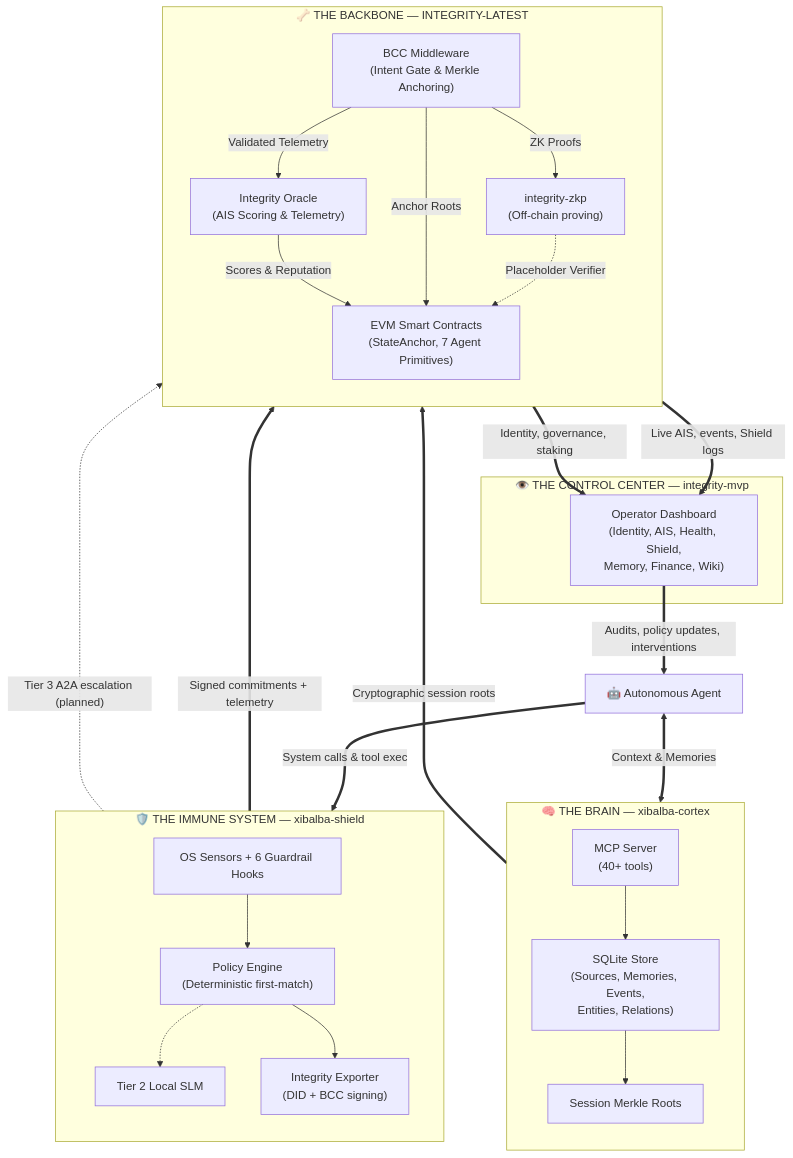
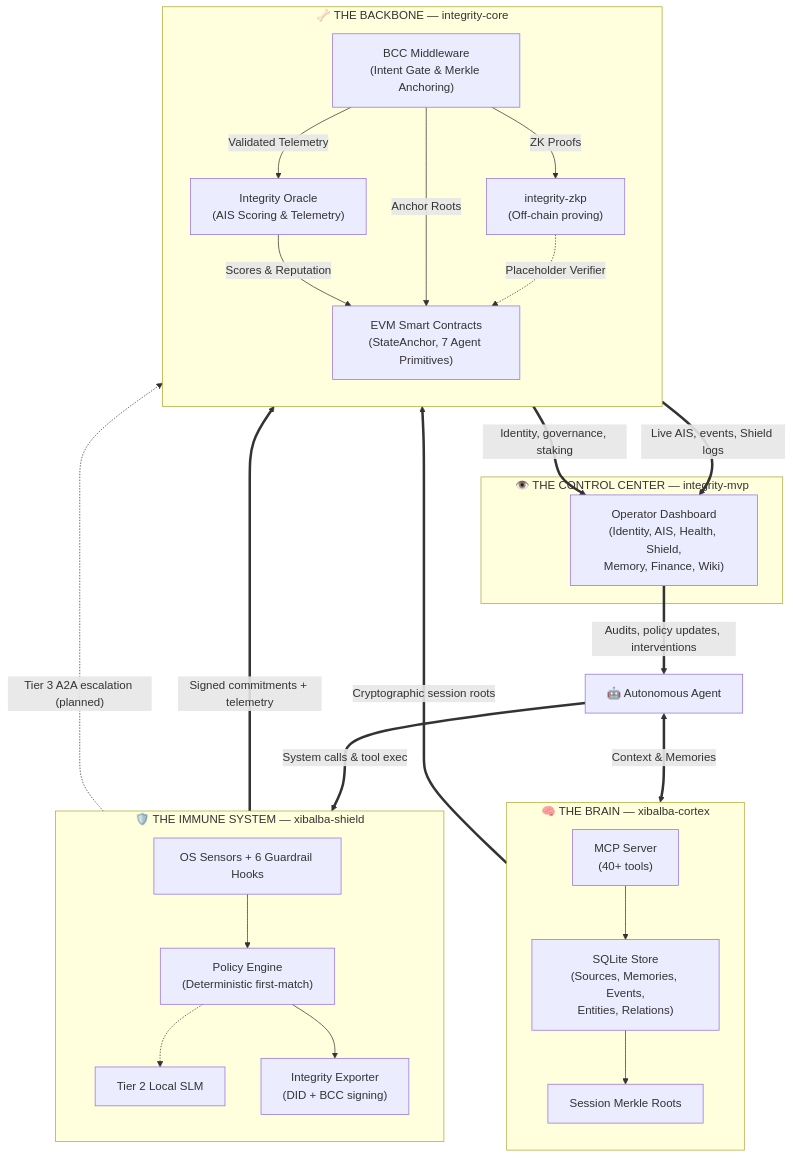
The second of 2 diagrams in SPECIFICATION.md (XibalbaTechSol/integrity-core), drawn with Mermaid before and after one commit. The commit also changed other lines of this file and 36 other files, not shown here.

First line of the commit message:
Rename project: INTEGRITY-LATEST -> integrity-core

````diff
--- a/SPECIFICATION.md
+++ b/SPECIFICATION.md
@@ -146,49 +146,49 @@
 ```mermaid
 flowchart TD
     subgraph Brain["🧠 THE BRAIN — xibalba-cortex"]
         direction TB
         MCP["MCP Server<br/>(40+ tools)"]
         MemStore["SQLite Store<br/>(Sources, Memories, Events,<br/>Entities, Relations)"]
         MerkleRoot["Session Merkle Roots"]
         MCP --> MemStore --> MerkleRoot
     end
 
     subgraph Immune["🛡️ THE IMMUNE SYSTEM — xibalba-shield"]
         direction TB
         Sensors["OS Sensors + 6 Guardrail Hooks"]
         PolicyEng["Policy Engine<br/>(Deterministic first-match)"]
         SLM["Tier 2 Local SLM"]
         ShieldExporter["Integrity Exporter<br/>(DID + BCC signing)"]
         Sensors --> PolicyEng
         PolicyEng -.-> SLM
         PolicyEng --> ShieldExporter
     end
 
-    subgraph Backbone["🦴 THE BACKBONE — INTEGRITY-LATEST"]
+    subgraph Backbone["🦴 THE BACKBONE — integrity-core"]
         direction TB
         BCC["BCC Middleware<br/>(Intent Gate & Merkle Anchoring)"]
         Oracle["Integrity Oracle<br/>(AIS Scoring & Telemetry)"]
         Chain["EVM Smart Contracts<br/>(StateAnchor, 7 Agent Primitives)"]
         ZK["integrity-zkp<br/>(Off-chain proving)"]
         BCC -->|Validated Telemetry| Oracle
         Oracle -->|Scores & Reputation| Chain
         BCC -->|Anchor Roots| Chain
         BCC -->|ZK Proofs| ZK
         ZK -.->|Placeholder Verifier| Chain
     end
 
     subgraph Eyes["👁️ THE CONTROL CENTER — integrity-mvp"]
         MVP["Operator Dashboard<br/>(Identity, AIS, Health, Shield,<br/>Memory, Finance, Wiki)"]
     end
 
     Agent["🤖 Autonomous Agent"]
 
     Agent <===>|"Context & Memories"| MCP
     Agent ===>|"System calls & tool exec"| Sensors
     MerkleRoot ==>|"Cryptographic session roots"| BCC
     ShieldExporter ==>|"Signed commitments + telemetry"| BCC
     Oracle ==>|"Live AIS, events, Shield logs"| MVP
     Chain ==>|"Identity, governance, staking"| MVP
     MVP ==>|"Audits, policy updates, interventions"| Agent
     SLM -.->|"Tier 3 A2A escalation (planned)"| Oracle
 ```
````
